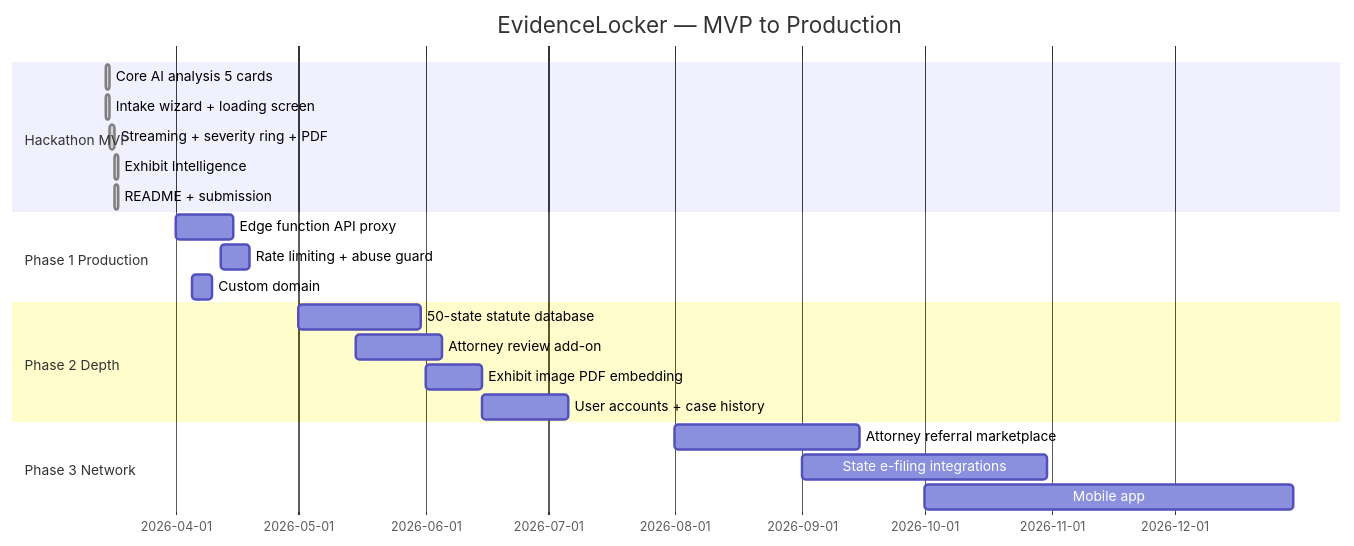
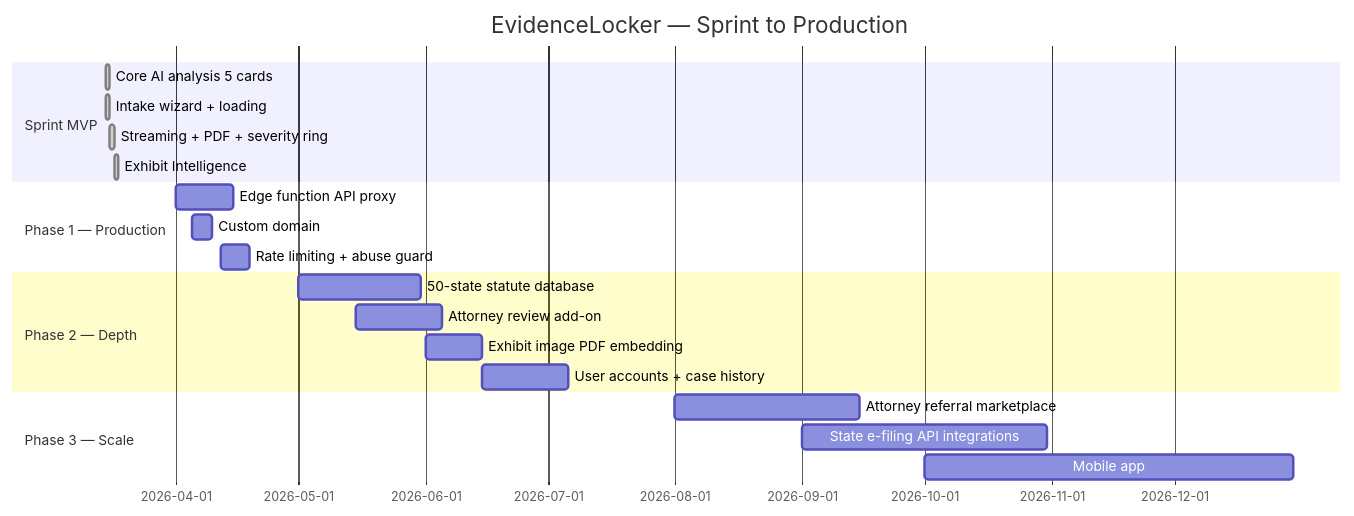
Diagram 13 of 13 in README.md (Iceman-Dann/Evidence-Locker), drawn with Mermaid before and after one commit. The commit also changed other lines of this file, not shown here.

````diff
--- a/README.md
+++ b/README.md
@@ -570,28 +544,27 @@
 ```mermaid
 gantt
-    title EvidenceLocker — MVP to Production
+    title EvidenceLocker — Sprint to Production
     dateFormat YYYY-MM-DD
 
-    section Hackathon MVP
-        Core AI analysis 5 cards       :done, 2026-03-15, 1d
-        Intake wizard + loading screen  :done, 2026-03-15, 1d
-        Streaming + severity ring + PDF :done, 2026-03-16, 1d
-        Exhibit Intelligence            :done, 2026-03-17, 1d
-        README + submission             :done, 2026-03-17, 1d
+    section Sprint MVP
+        Core AI analysis 5 cards        :done, 2026-03-15, 1d
+        Intake wizard + loading          :done, 2026-03-15, 1d
+        Streaming + PDF + severity ring  :done, 2026-03-16, 1d
+        Exhibit Intelligence             :done, 2026-03-17, 1d
 
-    section Phase 1 Production
-        Edge function API proxy         :2026-04-01, 14d
-        Rate limiting + abuse guard     :2026-04-12, 7d
-        Custom domain                   :2026-04-05, 5d
+    section Phase 1 — Production
+        Edge function API proxy          :2026-04-01, 14d
+        Custom domain                    :2026-04-05, 5d
+        Rate limiting + abuse guard      :2026-04-12, 7d
 
-    section Phase 2 Depth
-        50-state statute database       :2026-05-01, 30d
-        Attorney review add-on          :2026-05-15, 21d
-        Exhibit image PDF embedding     :2026-06-01, 14d
-        User accounts + case history    :2026-06-15, 21d
+    section Phase 2 — Depth
+        50-state statute database        :2026-05-01, 30d
+        Attorney review add-on           :2026-05-15, 21d
+        Exhibit image PDF embedding      :2026-06-01, 14d
+        User accounts + case history     :2026-06-15, 21d
 
-    section Phase 3 Network
-        Attorney referral marketplace   :2026-08-01, 45d
-        State e-filing integrations     :2026-09-01, 60d
-        Mobile app                      :2026-10-01, 90d
+    section Phase 3 — Scale
+        Attorney referral marketplace    :2026-08-01, 45d
+        State e-filing API integrations  :2026-09-01, 60d
+        Mobile app                       :2026-10-01, 90d
 ```
````
